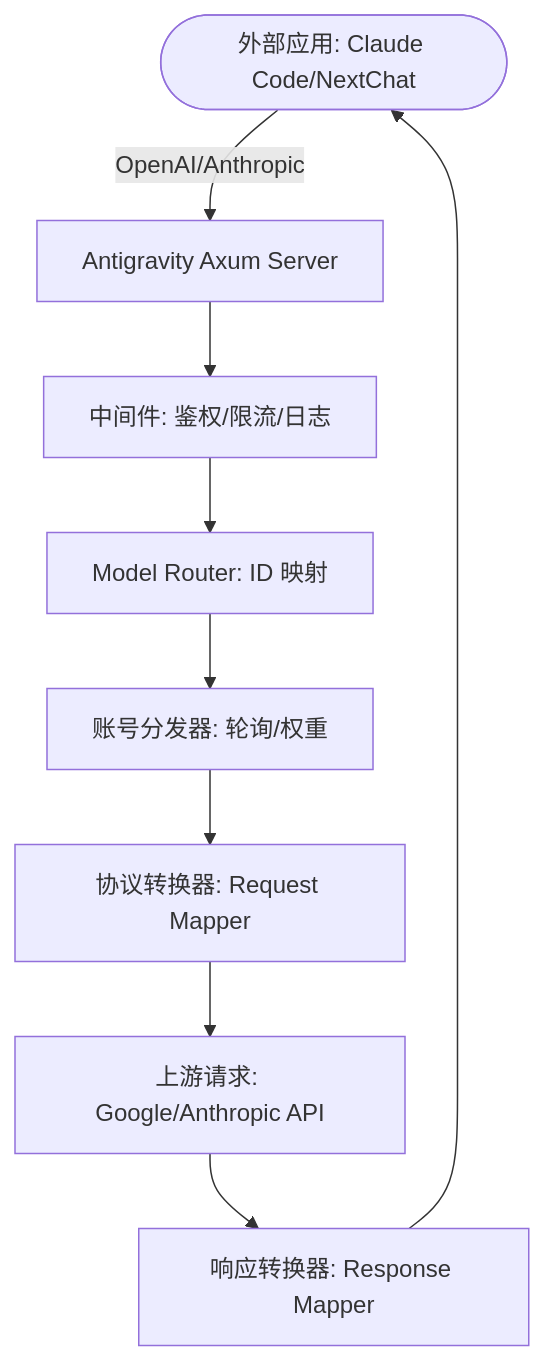
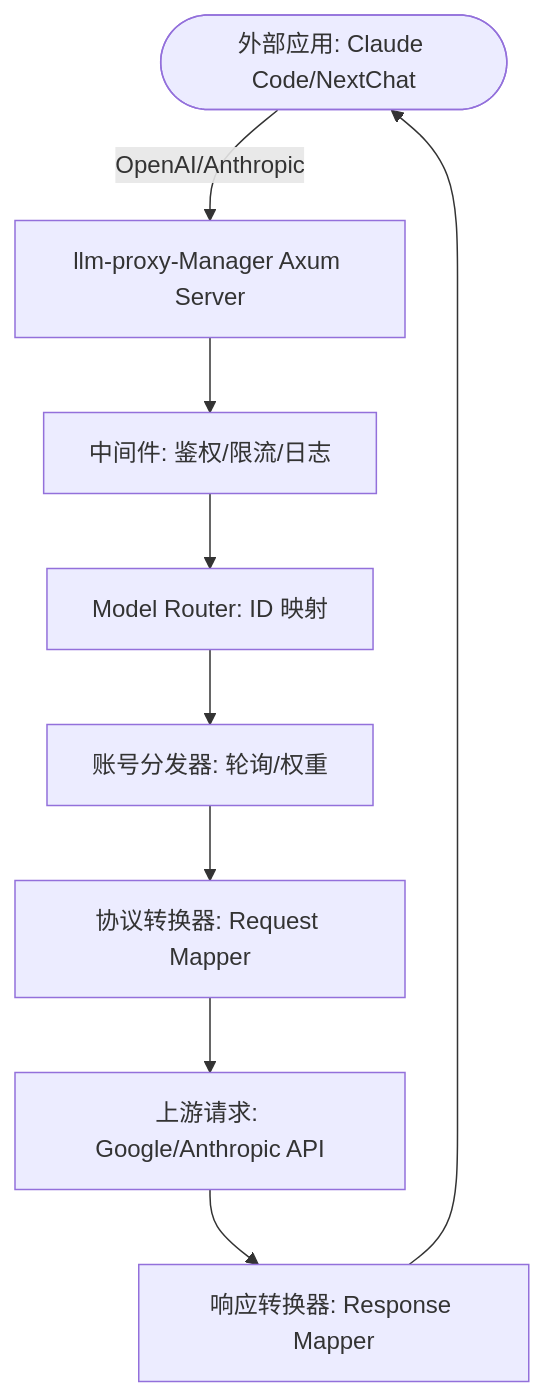
The diagram in README.md (liumenglife/llm-proxy-manager), drawn with Mermaid before and after one commit. The commit also changed other lines of this file and 12 other files, not shown here.

Commit message:
refactor: rename install scripts, docker files, and READMEs from Antigravity to llm-proxy-Manager (Tasks 1.6, 1.7)

````diff
--- a/README.md
+++ b/README.md
@@ -111,11 +111,11 @@
 ```mermaid
 graph TD
-    Client([外部应用: Claude Code/NextChat]) -->|OpenAI/Anthropic| Gateway[Antigravity Axum Server]
+    Client([外部应用: Claude Code/NextChat]) -->|OpenAI/Anthropic| Gateway[llm-proxy-Manager Axum Server]
     Gateway --> Middleware[中间件: 鉴权/限流/日志]
     Middleware --> Router[Model Router: ID 映射]
     Router --> Dispatcher[账号分发器: 轮询/权重]
     Dispatcher --> Mapper[协议转换器: Request Mapper]
     Mapper --> Upstream[上游请求: Google/Anthropic API]
     Upstream --> ResponseMapper[响应转换器: Response Mapper]
     ResponseMapper --> Client
 ```
````
